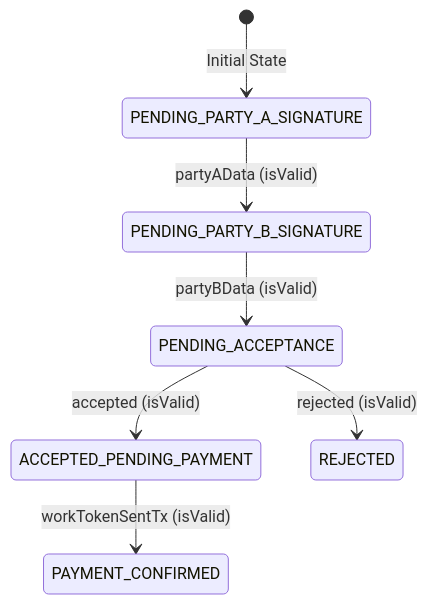
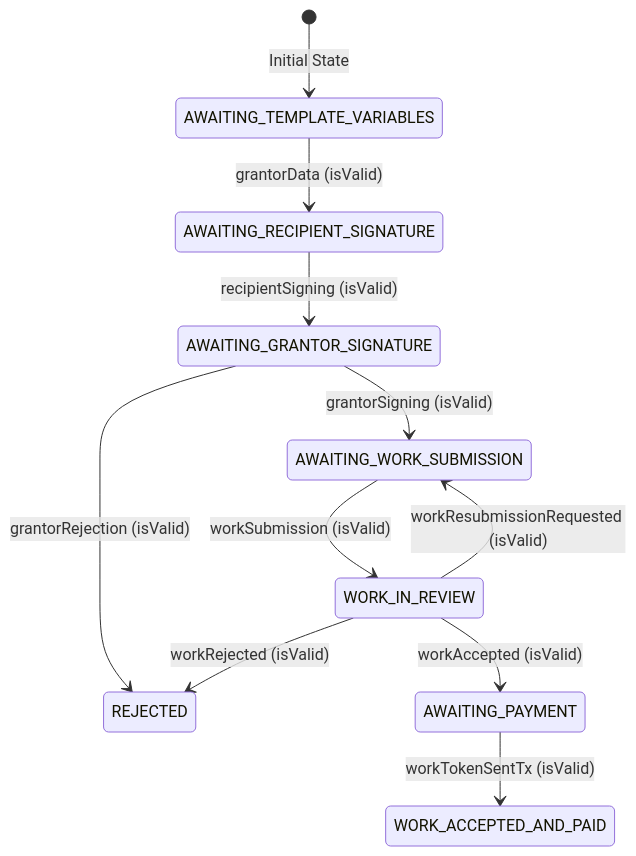
The diagram in lua-actor/src/test-data/grant-with-tx/README.md (Consensys-Network-State/signet-execution-prototype), drawn with Mermaid before and after one commit. The commit also changed 2 other files, not shown here.

Commit message:
Augmenting test to drive loop

````diff
--- a/lua-actor/src/test-data/grant-with-tx/README.md
+++ b/lua-actor/src/test-data/grant-with-tx/README.md
@@ -1,9 +1,15 @@
 ```mermaid
 stateDiagram-v2
-    [*] --> PENDING_PARTY_A_SIGNATURE: Initial State
-    PENDING_PARTY_A_SIGNATURE --> PENDING_PARTY_B_SIGNATURE: partyAData (isValid)
-    PENDING_PARTY_B_SIGNATURE --> PENDING_ACCEPTANCE: partyBData (isValid)
-    PENDING_ACCEPTANCE --> ACCEPTED_PENDING_PAYMENT: accepted (isValid)
-    PENDING_ACCEPTANCE --> REJECTED: rejected (isValid)
-    ACCEPTED_PENDING_PAYMENT --> PAYMENT_CONFIRMED: workTokenSentTx (isValid)
+    [*] --> AWAITING_TEMPLATE_VARIABLES: Initial State
+    AWAITING_TEMPLATE_VARIABLES --> AWAITING_RECIPIENT_SIGNATURE: grantorData (isValid)
+    AWAITING_RECIPIENT_SIGNATURE --> AWAITING_GRANTOR_SIGNATURE: recipientSigning (isValid)
+    AWAITING_GRANTOR_SIGNATURE --> AWAITING_WORK_SUBMISSION: grantorSigning (isValid)
+    AWAITING_GRANTOR_SIGNATURE --> REJECTED: grantorRejection (isValid)
+    AWAITING_WORK_SUBMISSION --> WORK_IN_REVIEW: workSubmission (isValid)
+    
+    WORK_IN_REVIEW --> AWAITING_PAYMENT: workAccepted (isValid)
+    WORK_IN_REVIEW --> AWAITING_WORK_SUBMISSION: workResubmissionRequested (isValid)
+    WORK_IN_REVIEW --> REJECTED: workRejected (isValid)
+    
+    AWAITING_PAYMENT --> WORK_ACCEPTED_AND_PAID: workTokenSentTx (isValid)
 ```
````
